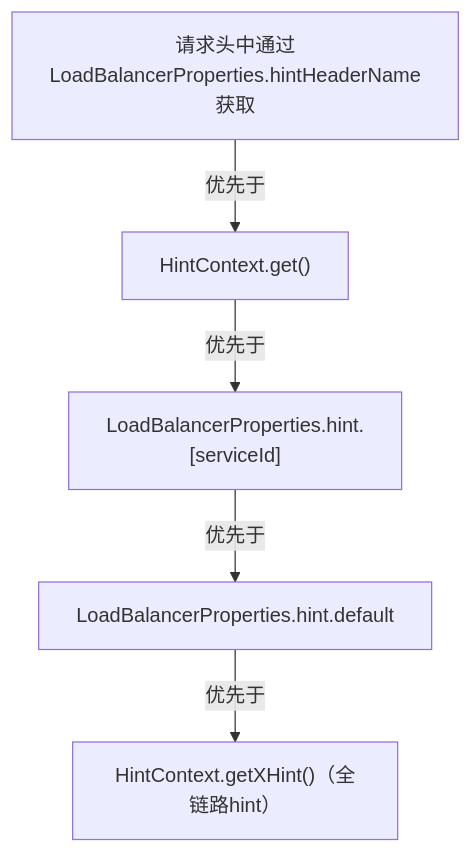
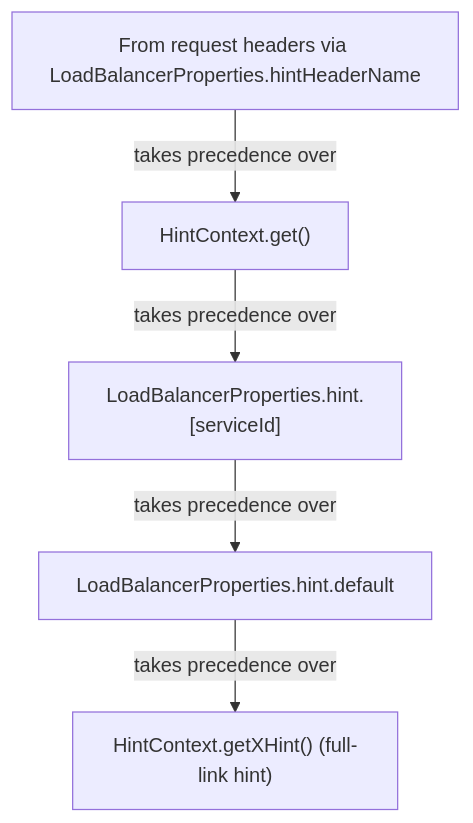
One commit to lujiafa/houtu-dependencies changed the second of 5 diagrams in spring-cloud-houtu/README.md. Above: the diagram before and after it, drawn with Mermaid. The commit also changed other lines of this file and 4 other files, not shown here.

````diff
--- a/spring-cloud-houtu/README.md
+++ b/spring-cloud-houtu/README.md
@@ -38,13 +40,13 @@
 ```mermaid
 flowchart TD
-H1["请求头中通过LoadBalancerProperties.hintHeaderName获取"]
+H1["From request headers via LoadBalancerProperties.hintHeaderName"]
 H2["HintContext.get()"]
 H3["LoadBalancerProperties.hint.[serviceId]"]
 H4["LoadBalancerProperties.hint.default"]
-H5["HintContext.getXHint()（全链路hint）"]
+H5["HintContext.getXHint() (full-link hint)"]
 
-H1 -->|优先于| H2
-H2 -->|优先于| H3
-H3 -->|优先于| H4
-H4 -->|优先于| H5
+H1 -->|takes precedence over| H2
+H2 -->|takes precedence over| H3
+H3 -->|takes precedence over| H4
+H4 -->|takes precedence over| H5
 ```
````
